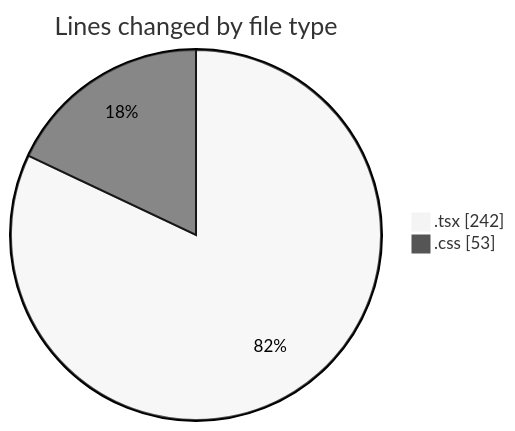
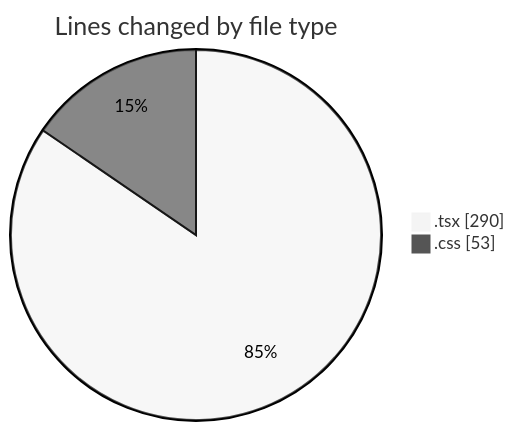
The first of 2 diagrams in 2025-04-12/product-page/README.md (Elitesun/code-tracking), drawn with Mermaid (neutral theme) before and after one commit. The commit also changed other lines of this file and 1 other file, not shown here.

````diff
--- a/2025-04-12/product-page/README.md
+++ b/2025-04-12/product-page/README.md
@@ -22,6 +23,6 @@
 ```mermaid
 pie showData
 title Lines changed by file type
-".tsx" : 242
+".tsx" : 290
 ".css" : 53
 ```
````
